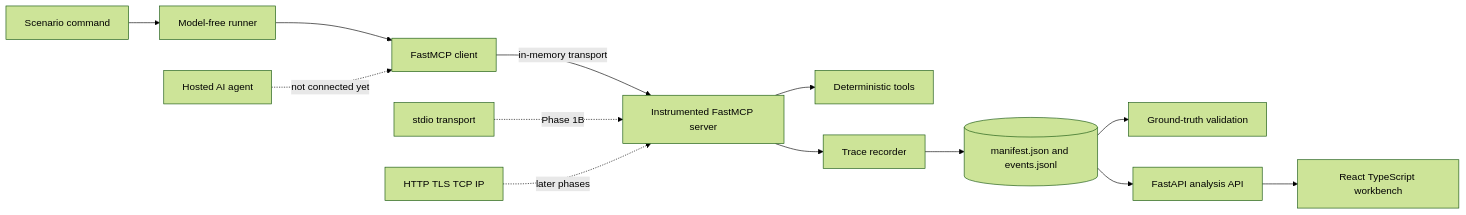
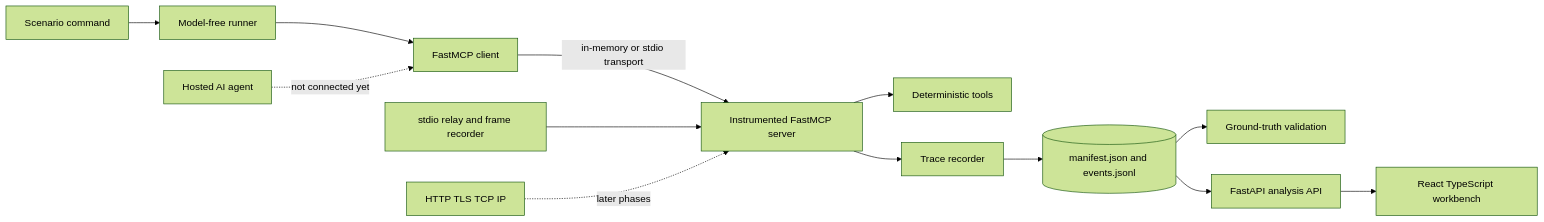
One commit to madhavpr191221/agentic-ai-statistics changed the first of 2 diagrams in docs/IMPLEMENTATION_STATUS.md. Above: the diagram before and after it, drawn with Mermaid (forest theme). The commit also changed other lines of this file and 42 other files, not shown here.

````diff
--- a/docs/IMPLEMENTATION_STATUS.md
+++ b/docs/IMPLEMENTATION_STATUS.md
@@ -67,16 +77,16 @@
 ```mermaid
 flowchart LR
     Command[Scenario command] --> Runner[Model-free runner]
     Runner --> Client[FastMCP client]
-    Client -->|in-memory transport| Server[Instrumented FastMCP server]
+    Client -->|in-memory or stdio transport| Server[Instrumented FastMCP server]
     Server --> Fixture[Deterministic tools]
     Server --> Trace[Trace recorder]
     Trace --> Raw[(manifest.json and events.jsonl)]
     Raw --> Validate[Ground-truth validation]
     Raw --> API[FastAPI analysis API]
     API --> UI[React TypeScript workbench]
 
     Agent[Hosted AI agent] -. not connected yet .-> Client
-    Stdio[stdio transport] -. Phase 1B .-> Server
+    Stdio[stdio relay and frame recorder] --> Server
     Network[HTTP TLS TCP IP] -. later phases .-> Server
 ```
````
